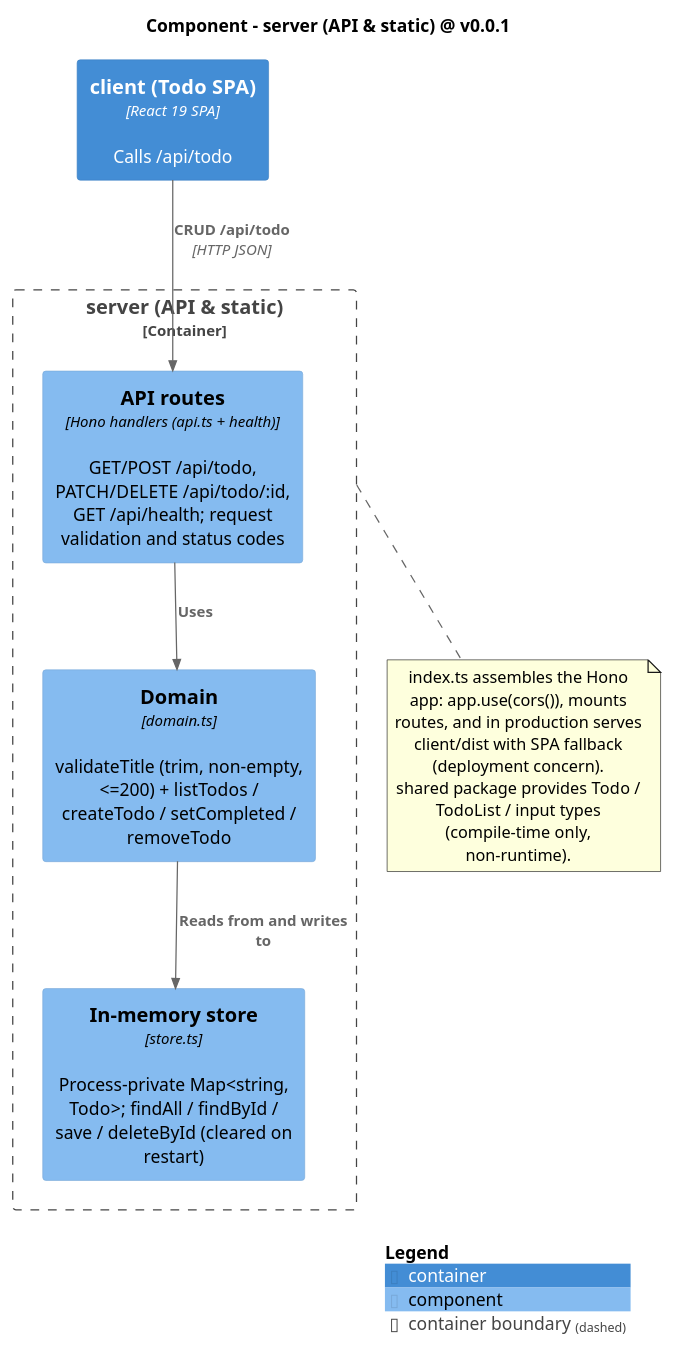
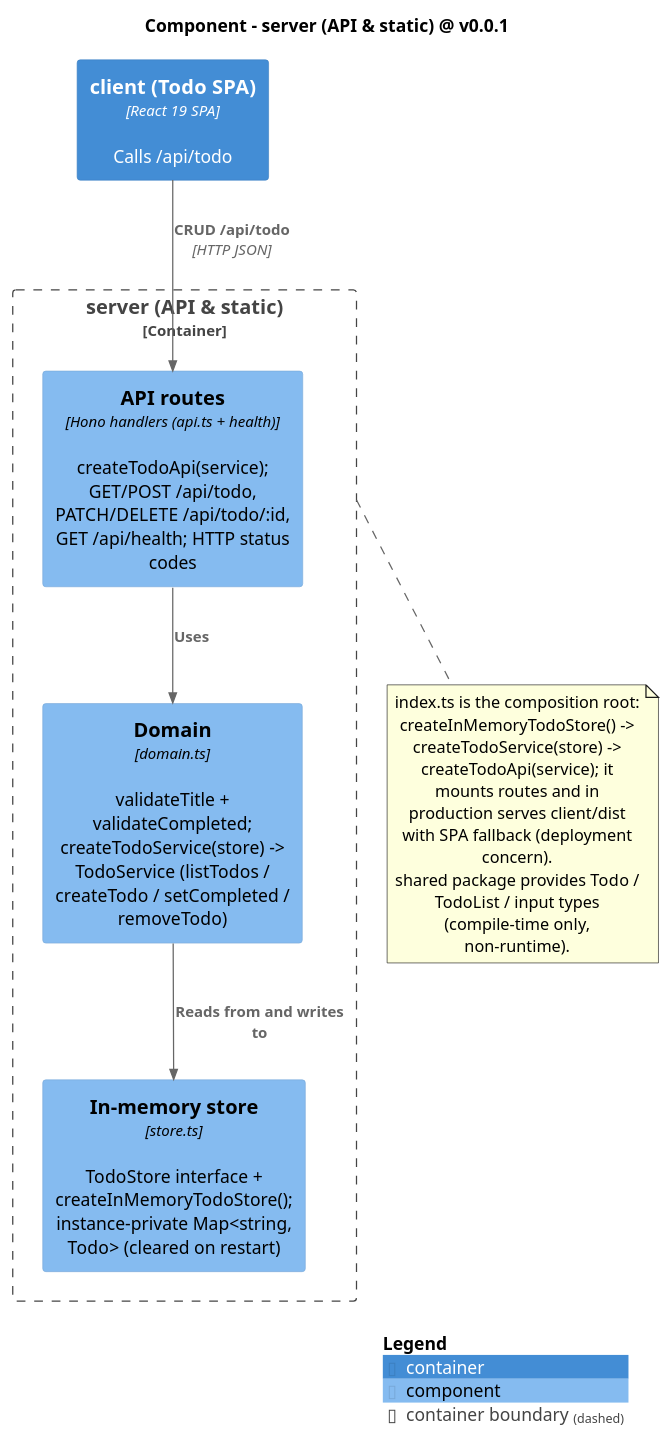
Before and after one commit to MemoryIt/todo: the diagram in docs/architecture/diagrams/03b-component-server.puml, drawn with PlantUML. The commit also changed 2 other files, not shown here.

Commit message:
docs(diagrams): sync server diagrams with domain/store decoupling
- 04b-code-server: model TodoStore/TodoService contracts, the store and
  service factories, and index.ts as the composition root.
- 03b-component-server: update the domain/store/api component
  descriptions and the composition-root note.
- 05b-dynamic-todo-crud: clarify that title (POST) and completed (PATCH)
  are validated in the domain.

```diff
--- a/docs/architecture/diagrams/03b-component-server.puml
+++ b/docs/architecture/diagrams/03b-component-server.puml
@@ -1,23 +1,23 @@
 @startuml
 !include <C4/C4_Component>
 title Component - server (API & static) @ v0.0.1
 
 Container(client, "client (Todo SPA)", "React 19 SPA", "Calls /api/todo")
 
 Container_Boundary(s, "server (API & static)") {
-  Component(api, "API routes", "Hono handlers (api.ts + health)", "GET/POST /api/todo, PATCH/DELETE /api/todo/:id, GET /api/health; request validation and status codes")
-  Component(domain, "Domain", "domain.ts", "validateTitle (trim, non-empty, <=200) + listTodos / createTodo / setCompleted / removeTodo")
-  Component(store, "In-memory store", "store.ts", "Process-private Map<string, Todo>; findAll / findById / save / deleteById (cleared on restart)")
+  Component(api, "API routes", "Hono handlers (api.ts + health)", "createTodoApi(service); GET/POST /api/todo, PATCH/DELETE /api/todo/:id, GET /api/health; HTTP status codes")
+  Component(domain, "Domain", "domain.ts", "validateTitle + validateCompleted; createTodoService(store) -> TodoService (listTodos / createTodo / setCompleted / removeTodo)")
+  Component(store, "In-memory store", "store.ts", "TodoStore interface + createInMemoryTodoStore(); instance-private Map<string, Todo> (cleared on restart)")
 }
 
 Rel(client, api, "CRUD /api/todo", "HTTP JSON")
 Rel(api, domain, "Uses")
 Rel(domain, store, "Reads from and writes to")
 
 note bottom of s
-  index.ts assembles the Hono app: app.use(cors()), mounts routes, and in production serves client/dist with SPA fallback (deployment concern).
+  index.ts is the composition root: createInMemoryTodoStore() -> createTodoService(store) -> createTodoApi(service); it mounts routes and in production serves client/dist with SPA fallback (deployment concern).
   shared package provides Todo / TodoList / input types (compile-time only, non-runtime).
 end note
 
 SHOW_LEGEND()
 @enduml
```
